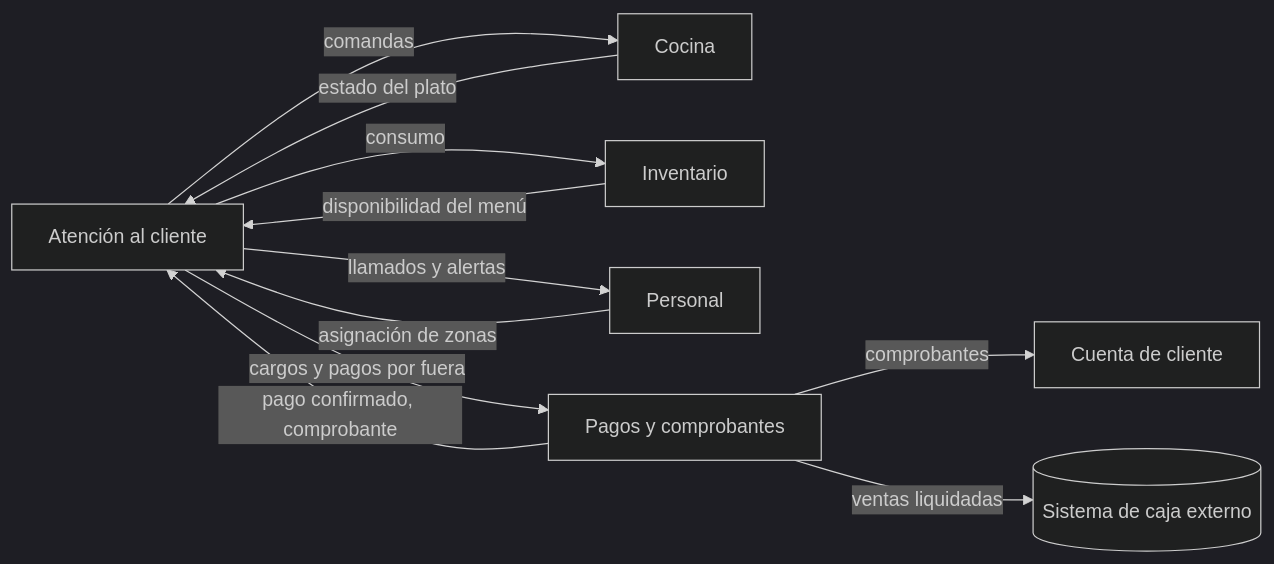
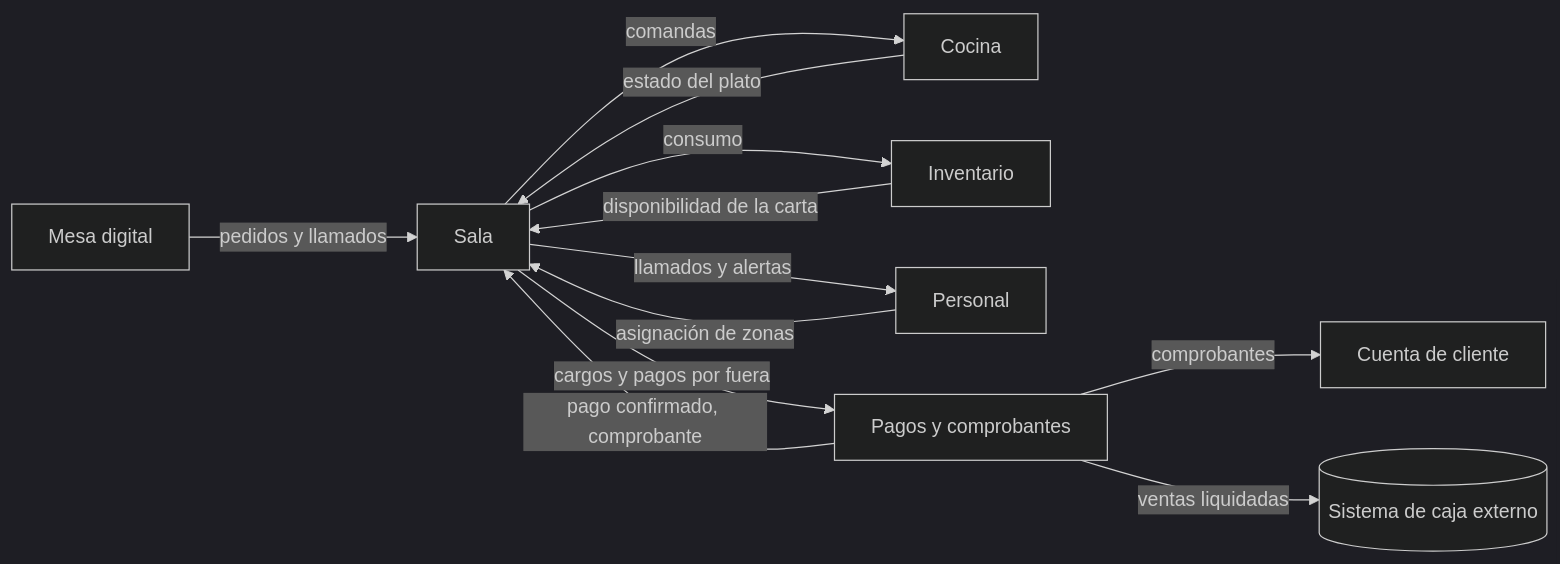
Before and after one commit to milkmantree/hungria: the second of 2 diagrams in docs/modulos/README.md, drawn with Mermaid (dark theme). The commit also changed other lines of this file and 6 other files, not shown here.

````diff
--- a/docs/modulos/README.md
+++ b/docs/modulos/README.md
@@ -17,13 +47,14 @@
 ```mermaid
 flowchart LR
-    AC[Atención al cliente] -->|comandas| CO[Cocina]
-    CO -->|estado del plato| AC
-    AC -->|consumo| IN[Inventario]
-    IN -->|disponibilidad del menú| AC
-    PE[Personal] -->|asignación de zonas| AC
-    AC -->|llamados y alertas| PE
-    AC -->|cargos y pagos por fuera| PA[Pagos y comprobantes]
-    PA -->|pago confirmado, comprobante| AC
+    S[Sala] -->|comandas| CO[Cocina]
+    CO -->|estado del plato| S
+    MD[Mesa digital] -->|pedidos y llamados| S
+    S -->|consumo| IN[Inventario]
+    IN -->|disponibilidad de la carta| S
+    PE[Personal] -->|asignación de zonas| S
+    S -->|llamados y alertas| PE
+    S -->|cargos y pagos por fuera| PA[Pagos y comprobantes]
+    PA -->|pago confirmado, comprobante| S
     PA -->|comprobantes| CC[Cuenta de cliente]
     PA -->|ventas liquidadas| CJ[(Sistema de caja externo)]
 ```
````
